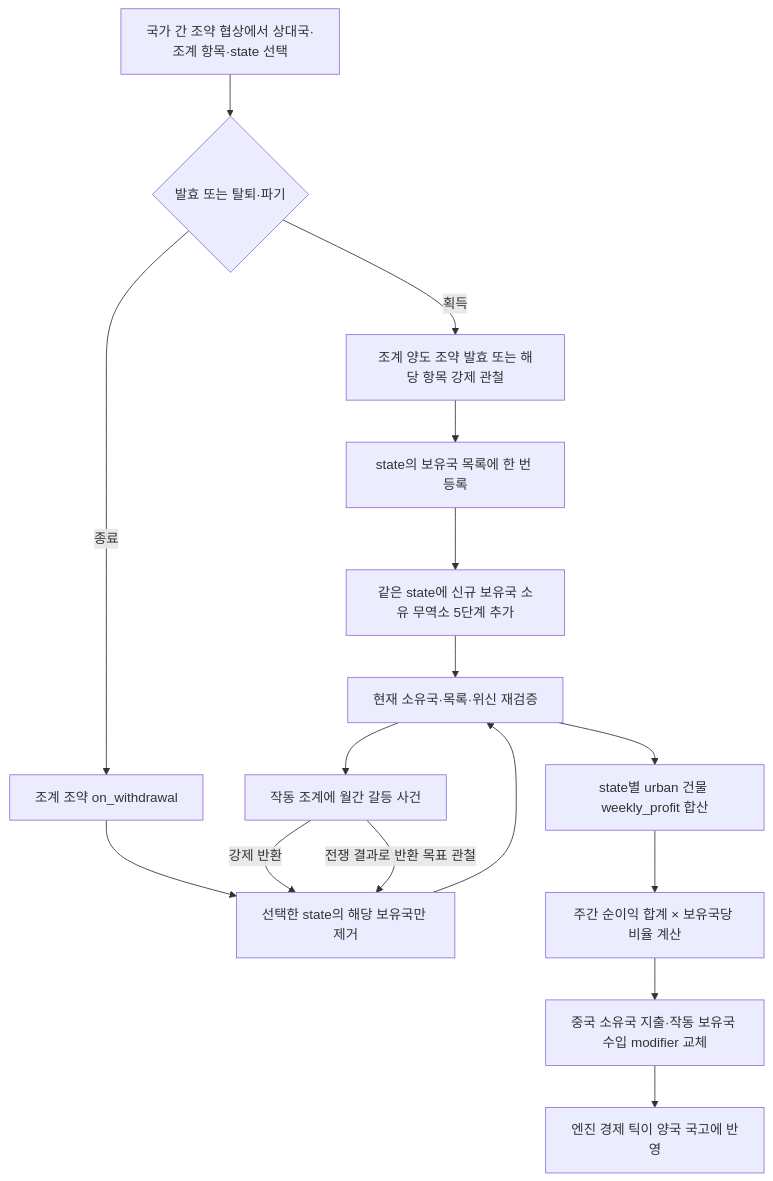
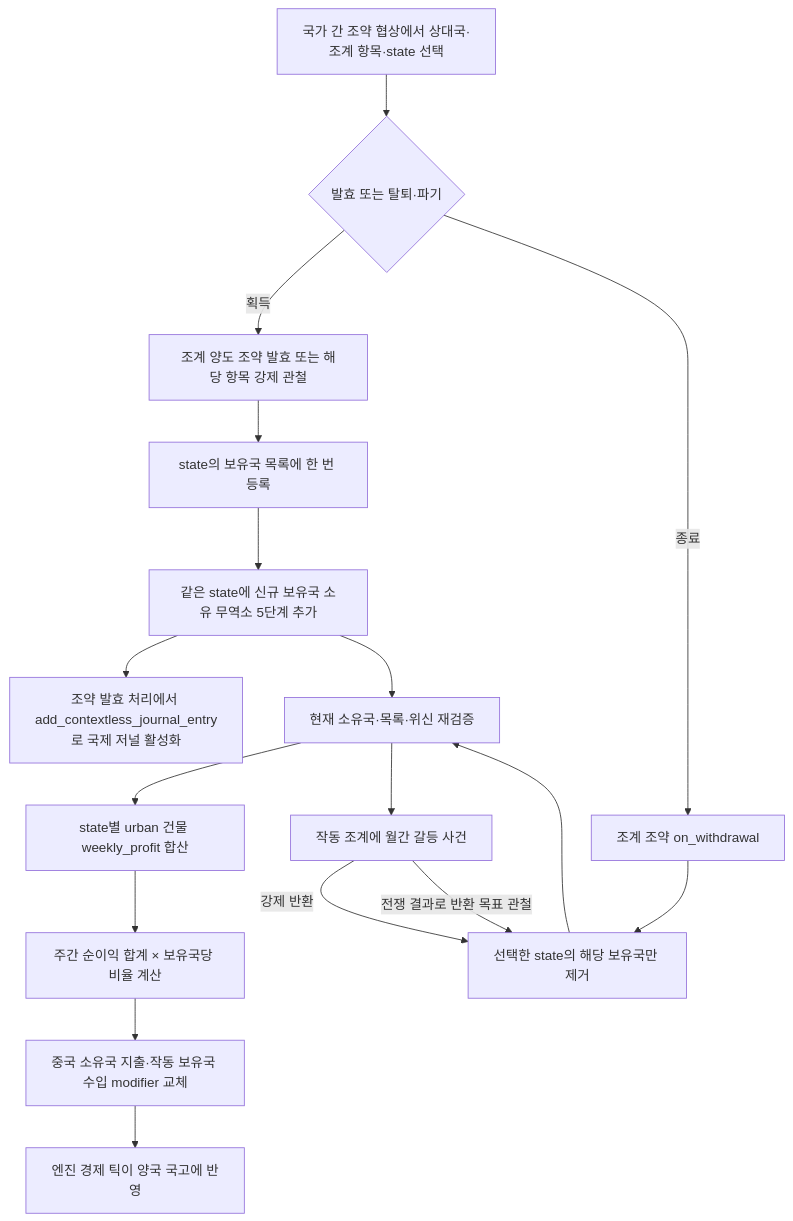
One commit to East-Asia-Flavor-Pack/East-Asia-Flavor-Pack changed the first of 3 diagrams in documentation/china_concessions_design_plan.md. Above: the diagram before and after it, drawn with Mermaid. The commit also changed other lines of this file and 20 other files, not shown here.

````diff
--- a/documentation/china_concessions_design_plan.md
+++ b/documentation/china_concessions_design_plan.md
@@ -20,18 +20,19 @@
 ```mermaid
 flowchart TD
     A["국가 간 조약 협상에서 상대국·조계 항목·state 선택"] --> B{"발효 또는 탈퇴·파기"}
     B -->|획득| C["조계 양도 조약 발효 또는 해당 항목 강제 관철"]
     B -->|종료| D["조계 조약 on_withdrawal"]
     C --> E["state의 보유국 목록에 한 번 등록"]
     D --> F["선택한 state의 해당 보유국만 제거"]
     E --> T["같은 state에 신규 보유국 소유 무역소 5단계 추가"]
+    T --> JE["조약 발효 처리에서 add_contextless_journal_entry로 국제 저널 활성화"]
     T --> G["현재 소유국·목록·위신 재검증"]
     F --> G
     G --> H["state별 urban 건물 weekly_profit 합산"]
     H --> I["주간 순이익 합계 × 보유국당 비율 계산"]
     I --> J["중국 소유국 지출·작동 보유국 수입 modifier 교체"]
     J --> K["엔진 경제 틱이 양국 국고에 반영"]
     G --> L["작동 조계에 월간 갈등 사건"]
     L -->|강제 반환| F
     L -->|전쟁 결과로 반환 목표 관철| F
 ```
````
